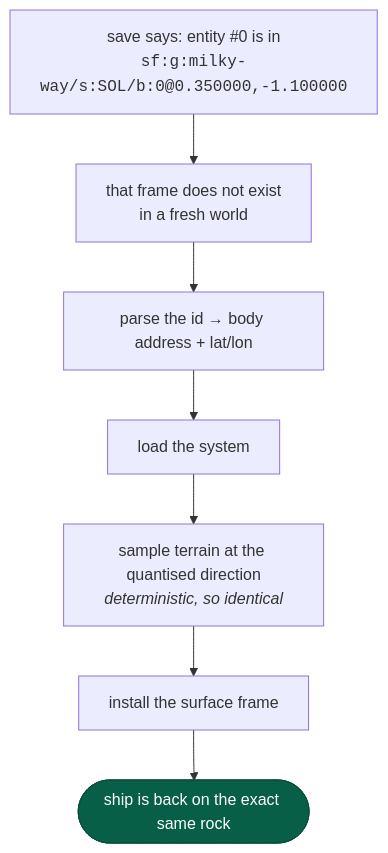
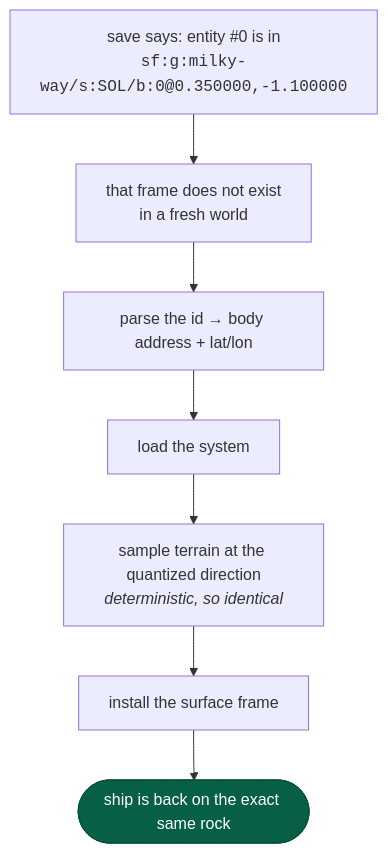
The fourth of 5 diagrams in docs/concepts/persistence.md (jonjaques/inertialref), drawn with Mermaid before and after one commit. The commit also changed 358 other files, not shown here.

````diff
--- a/docs/concepts/persistence.md
+++ b/docs/concepts/persistence.md
@@ -145,13 +145,13 @@
 ```mermaid
 flowchart TB
     SAVE["save says: entity #0 is in<br/><code>sf:g:milky-way/s:SOL/b:0@0.350000,-1.100000</code>"]
     NOTEX["that frame does not exist<br/>in a fresh world"]
     PARSE["parse the id → body address + lat/lon"]
     LOAD["load the system"]
-    TERR["sample terrain at the quantised direction<br/><i>deterministic, so identical</i>"]
+    TERR["sample terrain at the quantized direction<br/><i>deterministic, so identical</i>"]
     INSTALL["install the surface frame"]
     DONE(["ship is back on the exact same rock"])
 
     SAVE --> NOTEX --> PARSE --> LOAD --> TERR --> INSTALL --> DONE
     style DONE fill:#065f46,stroke:#064e3b,color:#fff
 ```
````
